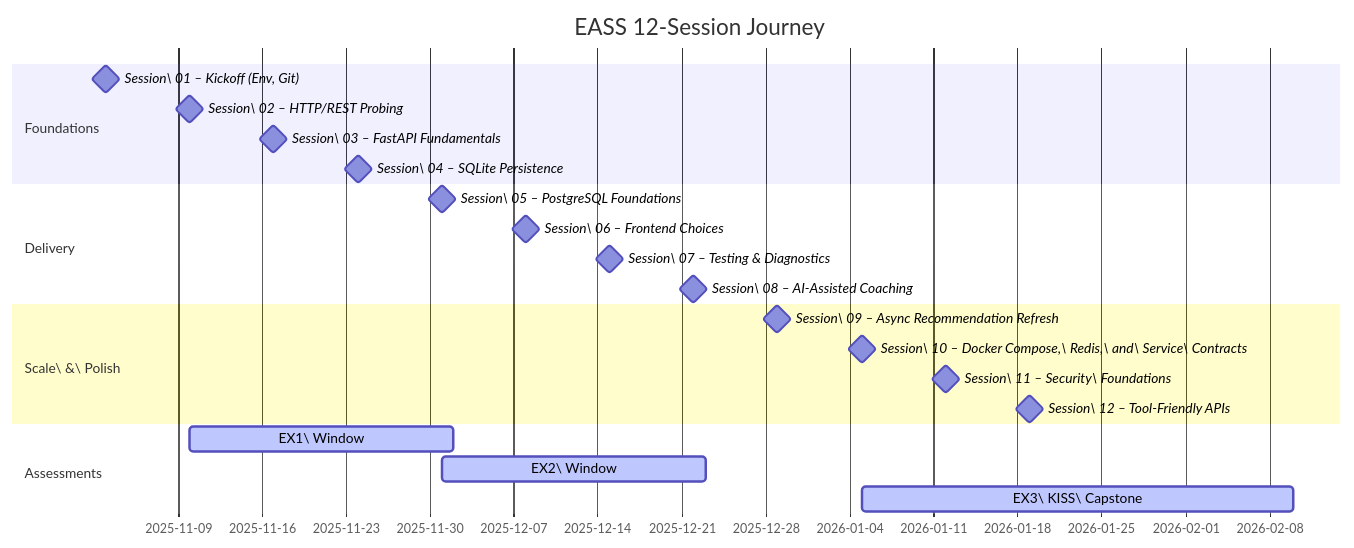
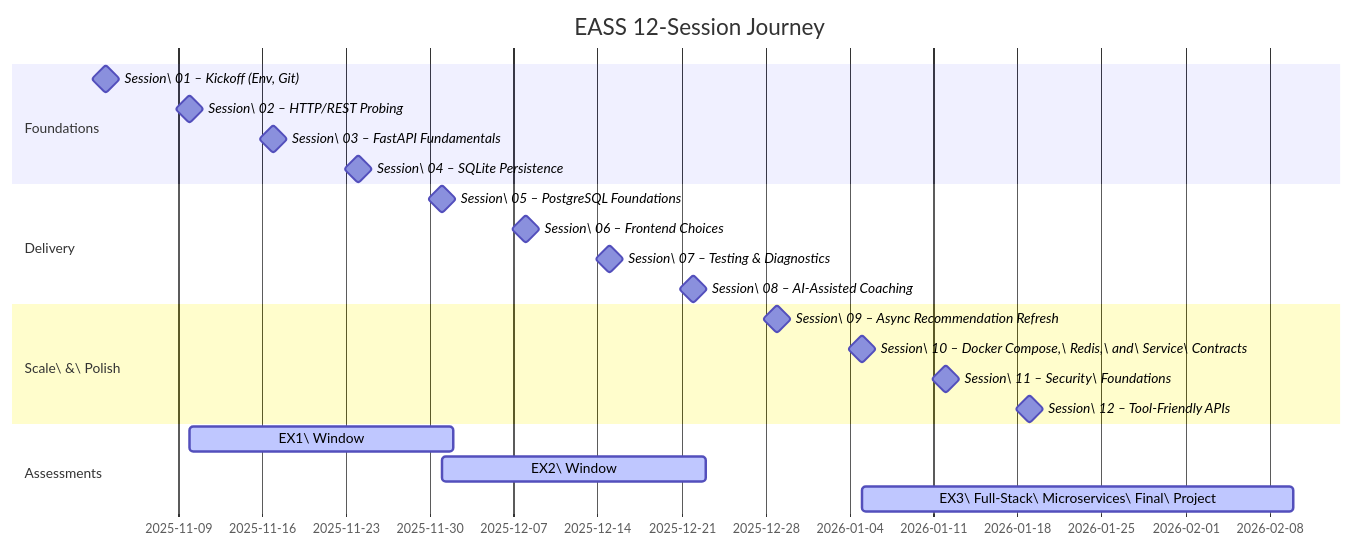
Before and after one commit to EASS-HIT-PART-A-2026-CLASS-IX/lecture-notes: the diagram in docs/index.md, drawn with Mermaid. The commit also changed other lines of this file and 4 other files, not shown here.

````diff
--- a/docs/index.md
+++ b/docs/index.md
@@ -44,24 +44,24 @@
 ```mermaid
 gantt
     title EASS 12-Session Journey
     dateFormat  YYYY-MM-DD
     section Foundations
     Session\ 01 – Kickoff (Env, Git)         :milestone, 2025-11-03, 0d
     Session\ 02 – HTTP/REST Probing          :milestone, 2025-11-10, 0d
     Session\ 03 – FastAPI Fundamentals       :milestone, 2025-11-17, 0d
     Session\ 04 – SQLite Persistence         :milestone, 2025-11-24, 0d
     section Delivery
     Session\ 05 – PostgreSQL Foundations     :milestone, 2025-12-01, 0d
     Session\ 06 – Frontend Choices           :milestone, 2025-12-08, 0d
     Session\ 07 – Testing & Diagnostics      :milestone, 2025-12-15, 0d
     Session\ 08 – AI-Assisted Coaching       :milestone, 2025-12-22, 0d
     section Scale\ &\ Polish
     Session\ 09 – Async Recommendation Refresh   :milestone, 2025-12-29, 0d
     Session\ 10 – Docker Compose,\ Redis,\ and\ Service\ Contracts:milestone, 2026-01-05, 0d
     Session\ 11 – Security\ Foundations          :milestone, 2026-01-12, 0d
     Session\ 12 – Tool-Friendly APIs             :milestone, 2026-01-19, 0d
     section Assessments
     EX1\ Window                              :active, 2025-11-10, 2025-12-02
     EX2\ Window                              :active, 2025-12-01, 2025-12-23
-    EX3\ KISS\ Capstone                      :active, 2026-01-05, 2026-02-10
+    EX3\ Full-Stack\ Microservices\ Final\ Project :active, 2026-01-05, 2026-02-10
 ```
````
